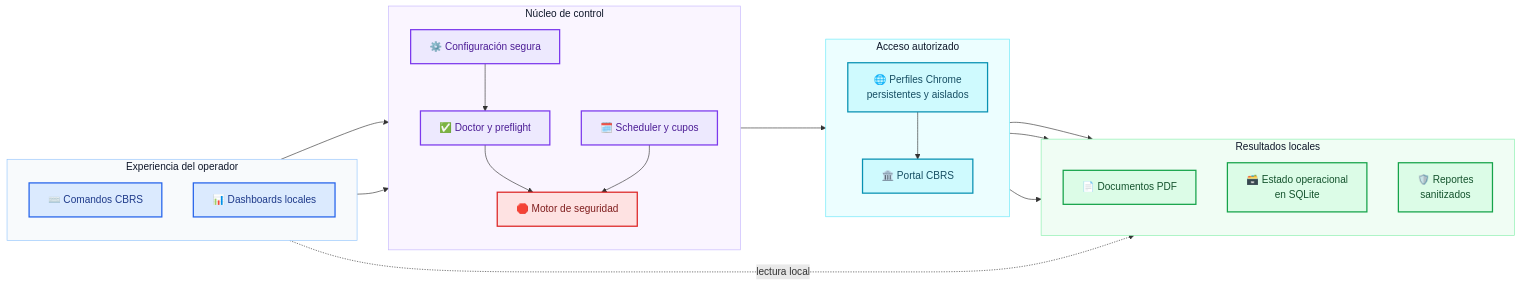
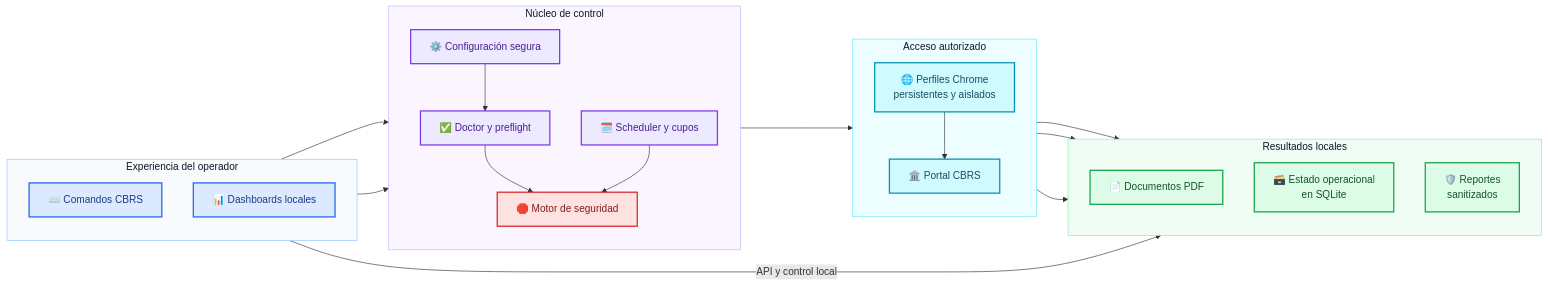
One commit to Cartterr/scrapper-portal-conservador changed the second of 4 diagrams in README.md. Above: the diagram before and after it, drawn with Mermaid. The commit also changed other lines of this file and 55 other files, not shown here.

````diff
--- a/README.md
+++ b/README.md
@@ -65,57 +67,57 @@
 ```mermaid
 flowchart LR
     subgraph UX["Experiencia del operador"]
         direction TB
         CLI["⌨️ Comandos CBRS"]
         DASH["📊 Dashboards locales"]
     end
 
     subgraph CORE["Núcleo de control"]
         direction TB
         CFG["⚙️ Configuración segura"]
         PREF["✅ Doctor y preflight"]
         SCHED["🗓️ Scheduler y cupos"]
         SAFE["🛑 Motor de seguridad"]
     end
 
     subgraph ACCESS["Acceso autorizado"]
         direction TB
         PROFILES["🌐 Perfiles Chrome<br/>persistentes y aislados"]
         PORTAL["🏛️ Portal CBRS"]
     end
 
     subgraph OUTPUTS["Resultados locales"]
         direction TB
         PDF["📄 Documentos PDF"]
         DB["🗃️ Estado operacional<br/>en SQLite"]
         REPORTS["🛡️ Reportes<br/>sanitizados"]
     end
 
     CLI --> CFG --> PREF
     CLI --> SCHED
-    DASH -. "lectura local" .-> DB
+    DASH -->|"API y control local"| DB
     PREF --> SAFE
     SCHED --> SAFE
     SAFE --> PROFILES
     PROFILES --> PORTAL
     PORTAL --> PDF
     PORTAL --> DB
     PORTAL --> REPORTS
 
     classDef interface fill:#DBEAFE,stroke:#2563EB,color:#1E3A8A,stroke-width:2px;
     classDef control fill:#EDE9FE,stroke:#7C3AED,color:#4C1D95,stroke-width:2px;
     classDef access fill:#CFFAFE,stroke:#0891B2,color:#164E63,stroke-width:2px;
     classDef result fill:#DCFCE7,stroke:#16A34A,color:#14532D,stroke-width:2px;
     classDef guard fill:#FEE2E2,stroke:#DC2626,color:#7F1D1D,stroke-width:2px;
 
     class CLI,DASH interface;
     class CFG,PREF,SCHED control;
     class SAFE guard;
     class PROFILES,PORTAL access;
     class PDF,DB,REPORTS result;
 
     style UX fill:#F8FAFC,stroke:#93C5FD,color:#0F172A,stroke-width:1px;
     style CORE fill:#FAF5FF,stroke:#C4B5FD,color:#0F172A,stroke-width:1px;
     style ACCESS fill:#ECFEFF,stroke:#67E8F9,color:#0F172A,stroke-width:1px;
     style OUTPUTS fill:#F0FDF4,stroke:#86EFAC,color:#0F172A,stroke-width:1px;
 ```
````
